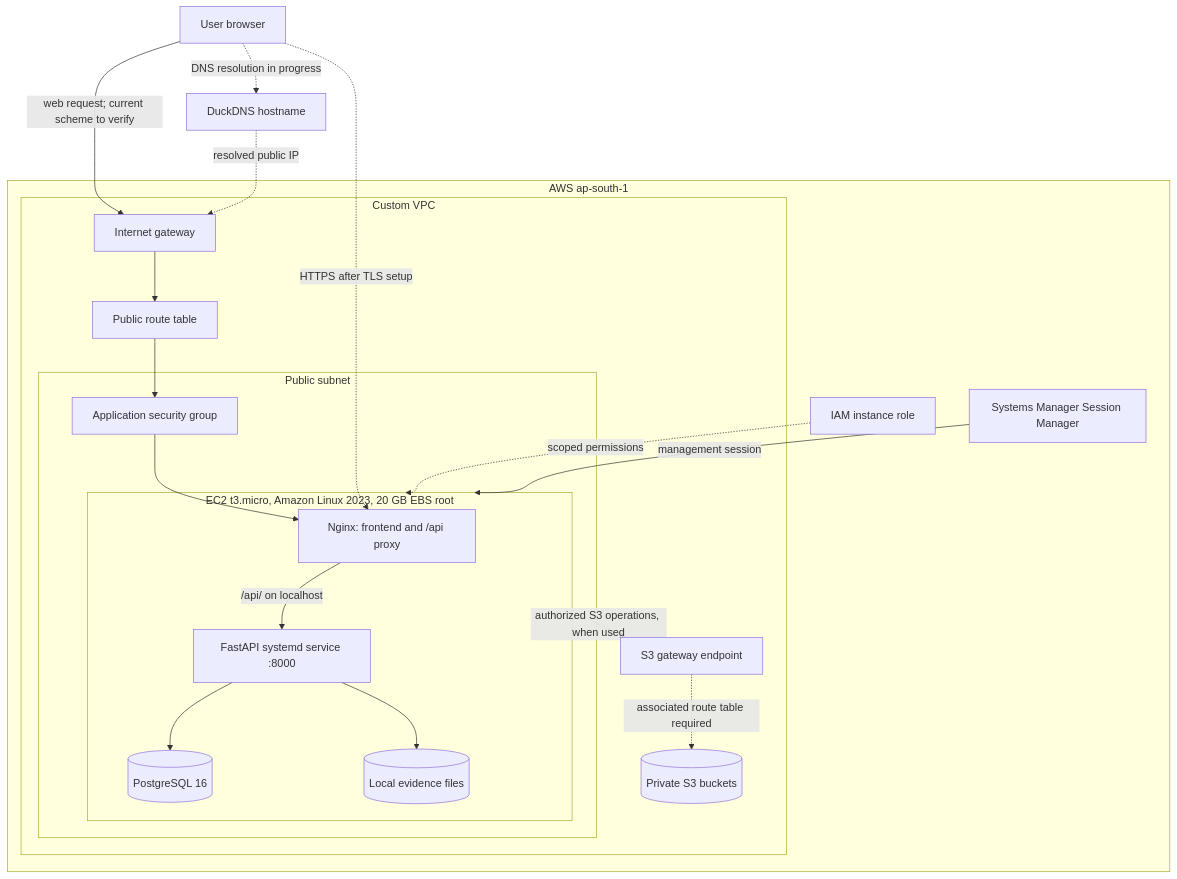
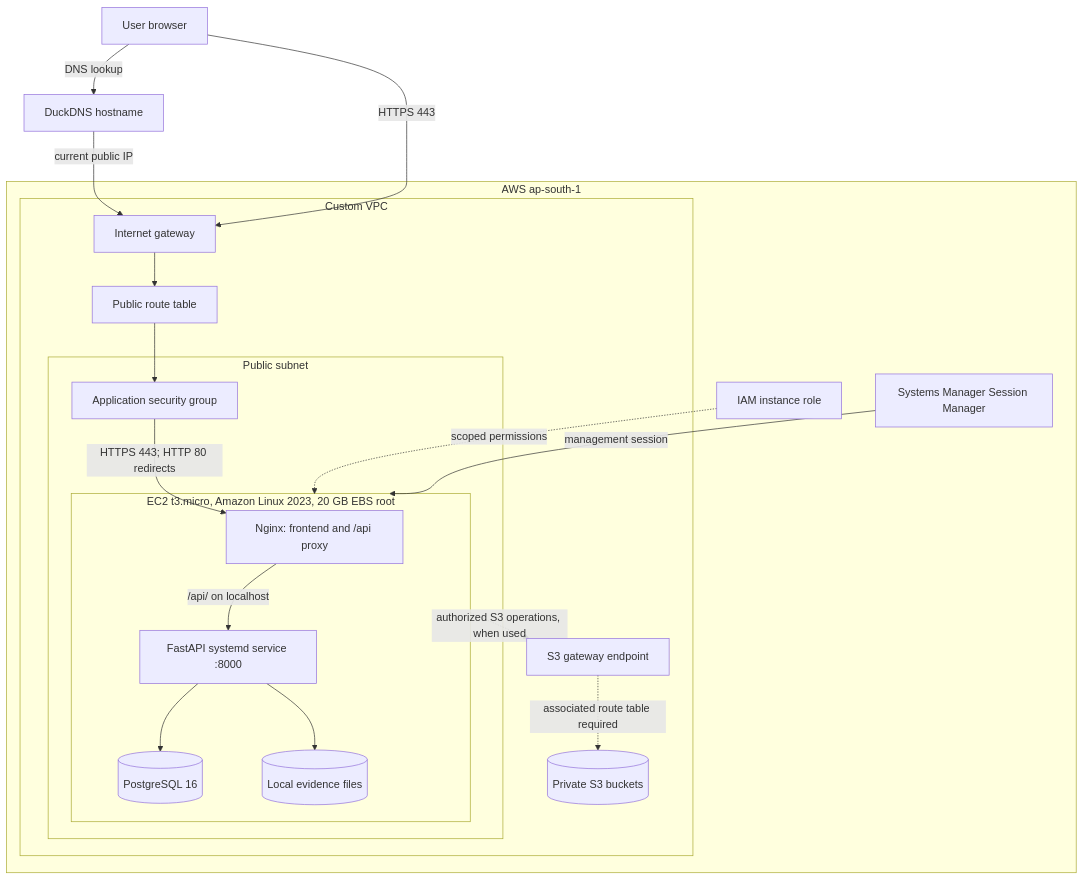
One commit to shikhar-sahay/provena changed the fourth of 4 diagrams in README.md. Above: the diagram before and after it, drawn with Mermaid. The commit also changed other lines of this file and 5 other files, not shown here.

````diff
--- a/README.md
+++ b/README.md
@@ -89,30 +91,29 @@
 ```mermaid
 flowchart TB
-    B[User browser] -. "DNS resolution in progress" .-> DNS[DuckDNS hostname]
-    B -->|"web request; current scheme to verify"| IGW
-    DNS -. "resolved public IP" .-> IGW
+    B[User browser] -->|"DNS lookup"| DNS[DuckDNS hostname]
+    DNS -->|"current public IP"| IGW
+    B -->|"HTTPS 443"| IGW
     subgraph AWS["AWS ap-south-1"]
       subgraph VPC["Custom VPC"]
         IGW[Internet gateway] --> RT[Public route table]
         subgraph SUBNET["Public subnet"]
           SG[Application security group]
           subgraph EC2["EC2 t3.micro, Amazon Linux 2023, 20 GB EBS root"]
             N[Nginx: frontend and /api proxy]
             API[FastAPI systemd service :8000]
             PG[(PostgreSQL 16)]
             FILES[(Local evidence files)]
             N -->|"/api/ on localhost"| API
             API --> PG
             API --> FILES
           end
-          SG --> N
+            SG -->|"HTTPS 443; HTTP 80 redirects"| N
         end
         RT --> SG
         EP[S3 gateway endpoint] -. "associated route table required" .-> S3[(Private S3 buckets)]
         EC2 -. "authorized S3 operations, when used" .-> EP
       end
       ROLE[IAM instance role] -. "scoped permissions" .-> EC2
       SSM[Systems Manager Session Manager] -->|"management session"| EC2
     end
-    B -. "HTTPS after TLS setup" .-> N
 ```
````
